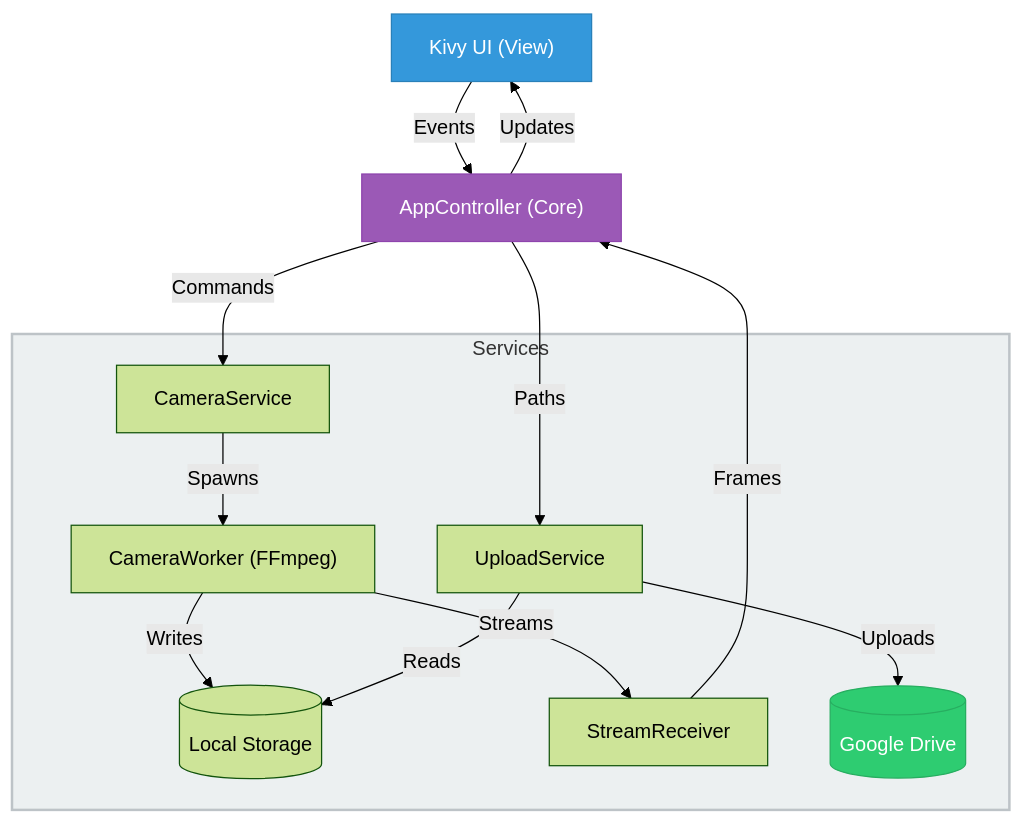
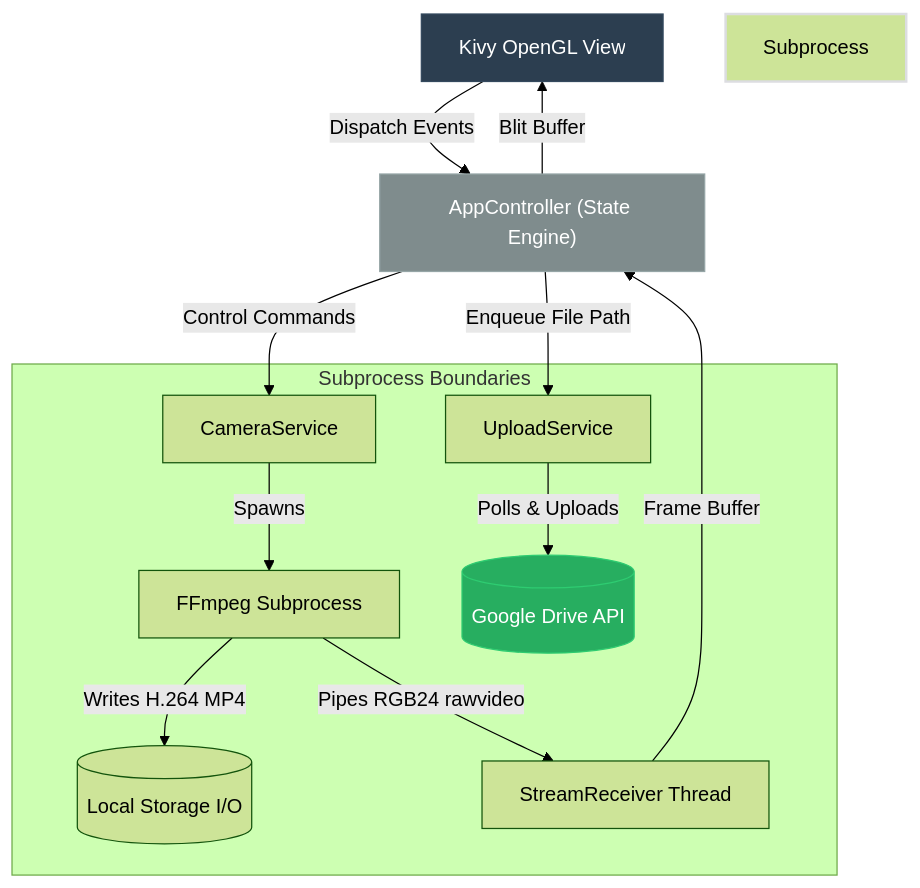
One commit to priyanshum17/UniversalCameraController changed the diagram in README.md. Above: the diagram before and after it, drawn with Mermaid (forest theme). The commit also changed other lines of this file, not shown here.

````diff
--- a/README.md
+++ b/README.md
@@ -26,22 +15,21 @@
 ```mermaid
 graph TD
-    UI["Kivy UI (View)"] -- Events --> C["AppController (Core)"]
-    C -- Commands --> CS[CameraService]
-    C -- Paths --> US[UploadService]
+    UI["Kivy OpenGL View"] -- Dispatch Events --> C["AppController (State Engine)"]
+    C -- Control Commands --> CS["CameraService"]
+    C -- Enqueue File Path --> US["UploadService"]
     
-    subgraph Services
-        CS -- Spawns --> FW["CameraWorker (FFmpeg)"]
-        FW -- Writes --> Disk[("Local Storage")]
-        FW -- Streams --> SR[StreamReceiver]
-        US -- Reads --> Disk
-        US -- Uploads --> Drive[("Google Drive")]
+    subgraph Subprocess Boundaries
+        CS -- Spawns --> FW["FFmpeg Subprocess"]
+        FW -- Writes H.264 MP4 --> Disk[("Local Storage I/O")]
+        FW -- Pipes RGB24 rawvideo --> SR["StreamReceiver Thread"]
+        US -- Polls & Uploads --> Drive[("Google Drive API")]
     end
     
-    SR -- Frames --> C
-    C -- Updates --> UI
+    SR -- Frame Buffer --> C
+    C -- Blit Buffer --> UI
     
-    style UI fill:#3498db,stroke:#2980b9,color:#fff
-    style C fill:#9b59b6,stroke:#8e44ad,color:#fff
-    style Services fill:#ecf0f1,stroke:#bdc3c7,stroke-width:2px
-    style Drive fill:#2ecc71,stroke:#27ae60,color:#fff
+    style UI fill:#2c3e50,stroke:#34495e,color:#fff
+    style C fill:#7f8c8d,stroke:#95a5a6,color:#fff
+    style Subprocess Boundaries fill:#f5f6fa,stroke:#dcdde1,stroke-width:2px
+    style Drive fill:#27ae60,stroke:#2ecc71,color:#fff
 ```
````
